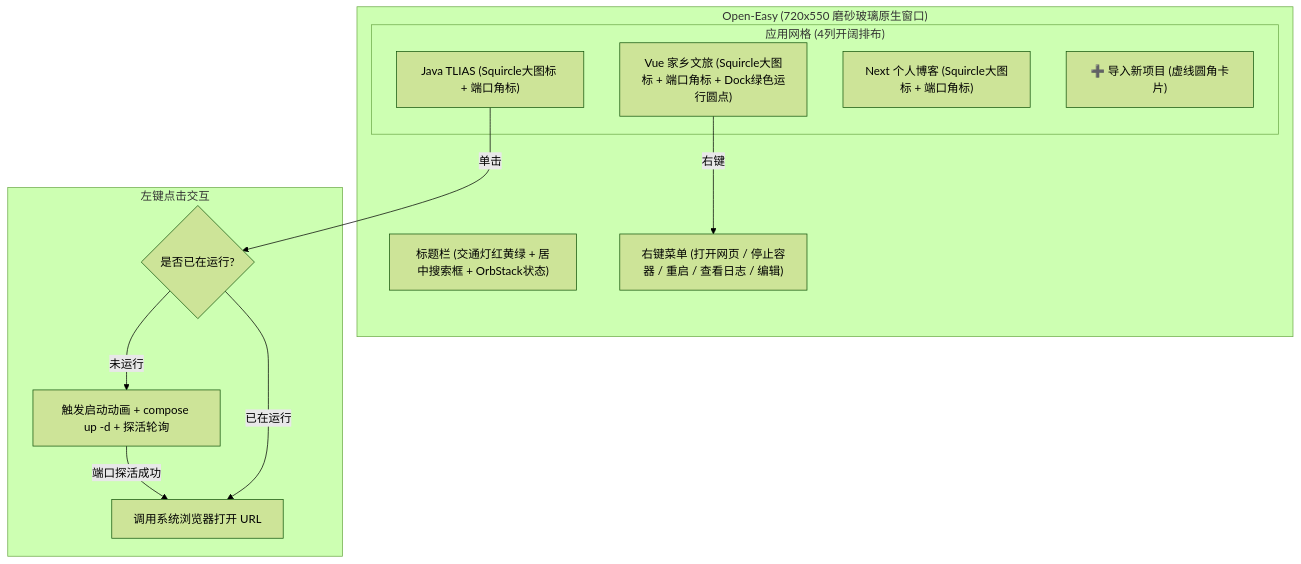
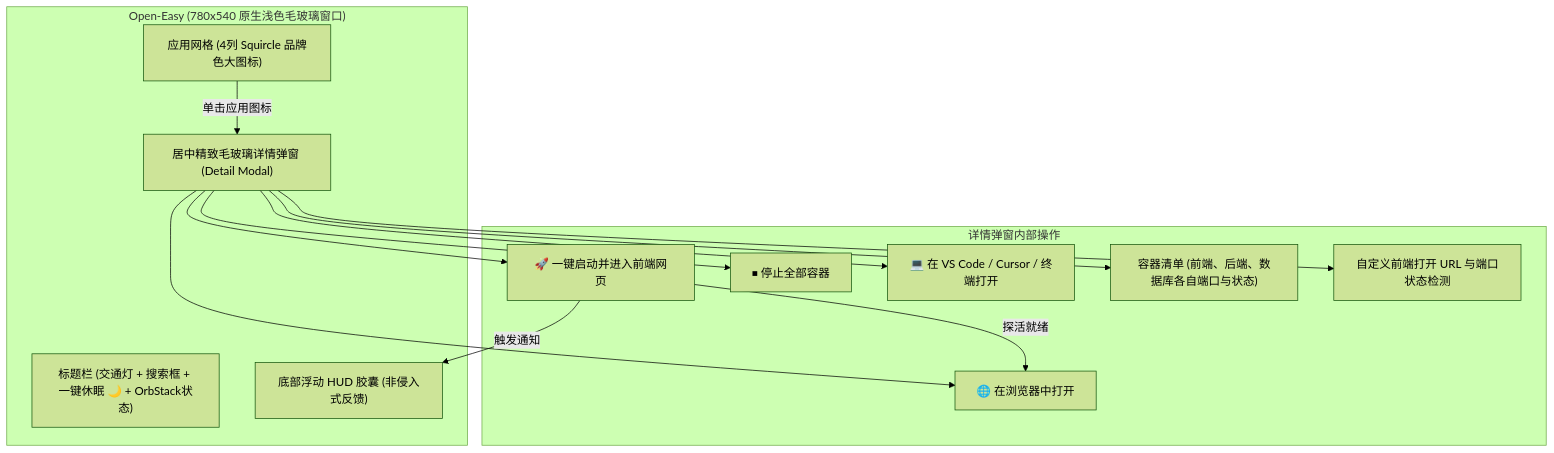
One commit to lyt04919/open-easy changed the diagram in docs/superpowers/specs/2026-10-13-orbstack-project-launcher-design.md. Above: the diagram before and after it, drawn with Mermaid (forest theme). The commit also changed 2 other files, not shown here.

Commit message:
feat: click project icon opens centered frosted detail modal

````diff
--- a/docs/superpowers/specs/2026-10-13-orbstack-project-launcher-design.md
+++ b/docs/superpowers/specs/2026-10-13-orbstack-project-launcher-design.md
@@ -30,24 +30,29 @@
 ```mermaid
 flowchart TD
-    subgraph UI ["Open-Easy (720x550 磨砂玻璃原生窗口)"]
-        Titlebar["标题栏 (交通灯红黄绿 + 居中搜索框 + OrbStack状态)"]
-        subgraph AppGrid ["应用网格 (4列开阔排布)"]
-            App1["Vue 家乡文旅 (Squircle大图标 + 端口角标 + Dock绿色运行圆点)"]
-            App2["Java TLIAS (Squircle大图标 + 端口角标)"]
-            App3["Next 个人博客 (Squircle大图标 + 端口角标)"]
-            AppPlus["➕ 导入新项目 (虚线圆角卡片)"]
-        end
-        ContextMenu["右键菜单 (打开网页 / 停止容器 / 重启 / 查看日志 / 编辑)"]
+    subgraph UI ["Open-Easy (780x540 原生浅色毛玻璃窗口)"]
+        Titlebar["标题栏 (交通灯 + 搜索框 + 一键休眠 🌙 + OrbStack状态)"]
+        AppGrid["应用网格 (4列 Squircle 品牌色大图标)"]
+        DetailModal["居中精致毛玻璃详情弹窗 (Detail Modal)"]
+        HudToast["底部浮动 HUD 胶囊 (非侵入式反馈)"]
     end
 
-    subgraph ClickFlow ["左键点击交互"]
-        StateCheck{是否已在运行?}
-        Launch["触发启动动画 + compose up -d + 探活轮询"]
-        OpenWeb["调用系统浏览器打开 URL"]
+    AppGrid -->|单击应用图标| DetailModal
+    
+    subgraph ModalActions ["详情弹窗内部操作"]
+        StartAction["🚀 一键启动并进入前端网页"]
+        OpenWeb["🌐 在浏览器中打开"]
+        StopAction["⏹ 停止全部容器"]
+        IdeAction["💻 在 VS Code / Cursor / 终端打开"]
+        ContList["容器清单 (前端、后端、数据库各自端口与状态)"]
+        UrlConfig["自定义前端打开 URL 与端口状态检测"]
     end
 
-    App2 -->|单击| StateCheck
-    StateCheck -->|未运行| Launch -->|端口探活成功| OpenWeb
-    StateCheck -->|已在运行| OpenWeb
-    App1 -->|右键| ContextMenu
+    DetailModal --> StartAction
+    DetailModal --> OpenWeb
+    DetailModal --> StopAction
+    DetailModal --> IdeAction
+    DetailModal --> ContList
+    DetailModal --> UrlConfig
+    StartAction -->|探活就绪| OpenWeb
+    StartAction -->|触发通知| HudToast
 ```
````
